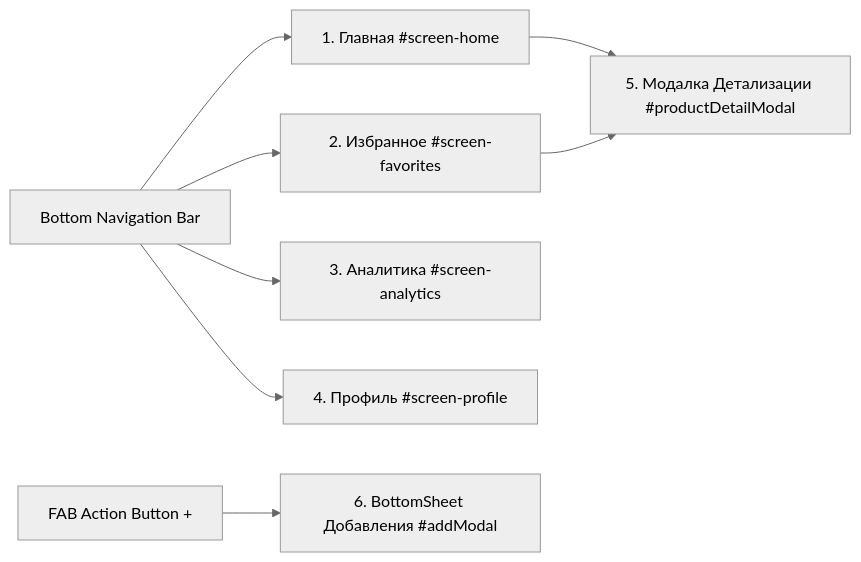
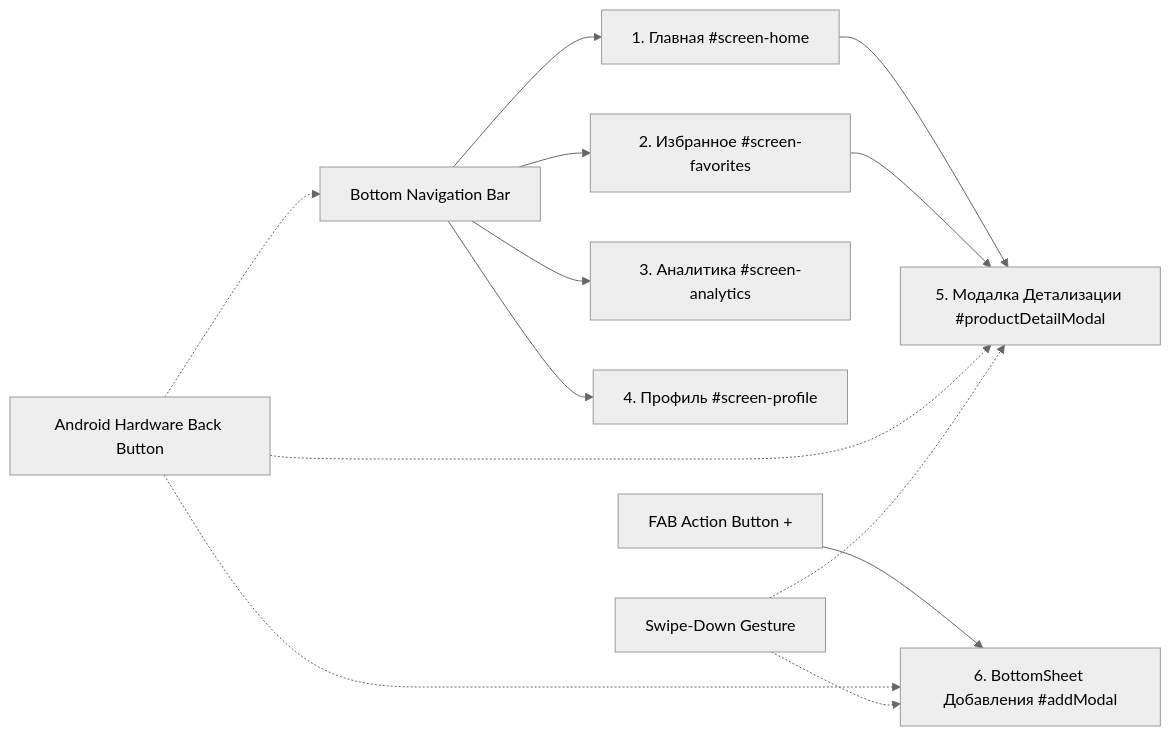
One commit to YuNoons/wbtracker changed the second of 4 diagrams in architecture_plan.md. Above: the diagram before and after it, drawn with Mermaid (neutral theme). The commit also changed other lines of this file and 9 other files, not shown here.

````diff
--- a/architecture_plan.md
+++ b/architecture_plan.md
@@ -180,11 +185,18 @@
 ```mermaid
 graph LR
     Nav[Bottom Navigation Bar] --> Screen0[1. Главная #screen-home]
     Nav --> Screen1[2. Избранное #screen-favorites]
     Nav --> Screen2[3. Аналитика #screen-analytics]
     Nav --> Screen3[4. Профиль #screen-profile]
 
     Screen0 --> ModalDetail[5. Модалка Детализации #productDetailModal]
     Screen1 --> ModalDetail
     FAB[FAB Action Button +] --> ModalAdd[6. BottomSheet Добавления #addModal]
+
+    AndroidBack[Android Hardware Back Button] -.-> ModalDetail
+    AndroidBack -.-> ModalAdd
+    AndroidBack -.-> Nav
+
+    SwipeGesture[Swipe-Down Gesture] -.-> ModalDetail
+    SwipeGesture -.-> ModalAdd
 ```
````
